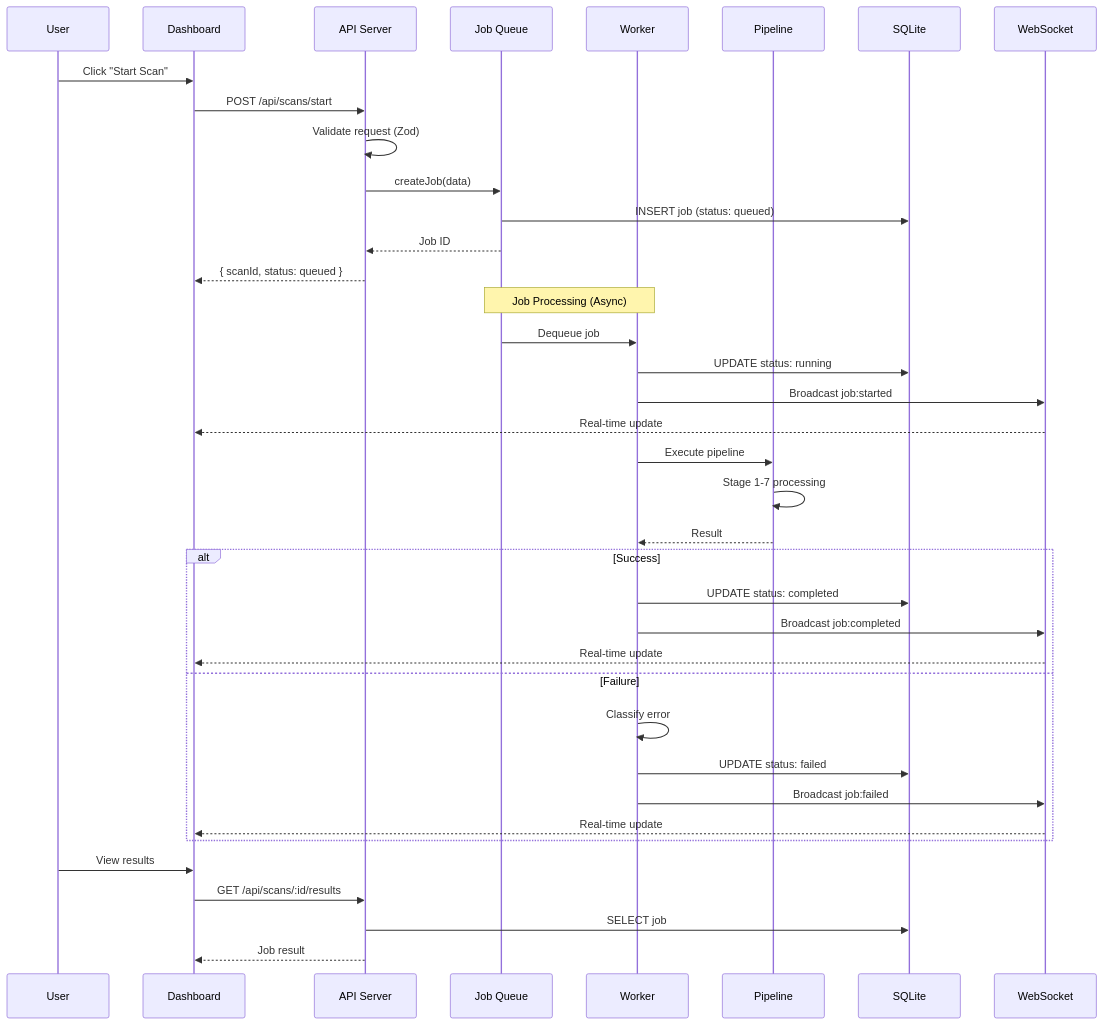
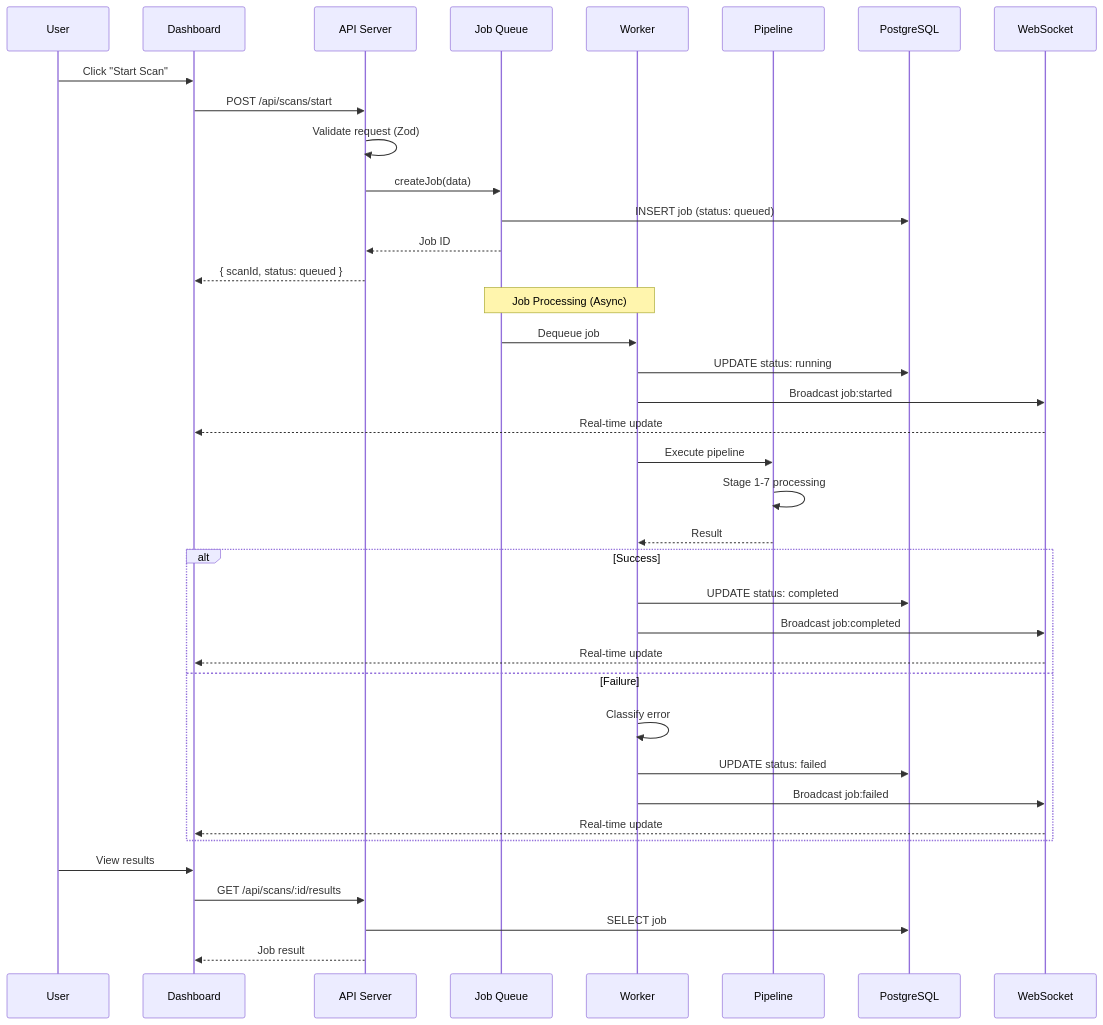
Before and after one commit to integritystudio/AlephAuto: the third of 14 diagrams in docs/architecture/SYSTEM-DATA-FLOW.md, drawn with Mermaid. The commit also changed other lines of this file and 22 other files, not shown here.

First line of the commit message:
chore: update docs for PostgreSQL migration and reorganize scripts

````diff
--- a/docs/architecture/SYSTEM-DATA-FLOW.md
+++ b/docs/architecture/SYSTEM-DATA-FLOW.md
@@ -319,46 +316,46 @@
 ```mermaid
 sequenceDiagram
     participant U as User
     participant D as Dashboard
     participant A as API Server
     participant Q as Job Queue
     participant W as Worker
     participant P as Pipeline
-    participant DB as SQLite
+    participant DB as PostgreSQL
     participant WS as WebSocket
 
     U->>D: Click "Start Scan"
     D->>A: POST /api/scans/start
     A->>A: Validate request (Zod)
     A->>Q: createJob(data)
     Q->>DB: INSERT job (status: queued)
     Q-->>A: Job ID
     A-->>D: { scanId, status: queued }
 
     Note over Q,W: Job Processing (Async)
 
     Q->>W: Dequeue job
     W->>DB: UPDATE status: running
     W->>WS: Broadcast job:started
     WS-->>D: Real-time update
 
     W->>P: Execute pipeline
     P->>P: Stage 1-7 processing
     P-->>W: Result
 
     alt Success
         W->>DB: UPDATE status: completed
         W->>WS: Broadcast job:completed
         WS-->>D: Real-time update
     else Failure
         W->>W: Classify error
         W->>DB: UPDATE status: failed
         W->>WS: Broadcast job:failed
         WS-->>D: Real-time update
     end
 
     U->>D: View results
     D->>A: GET /api/scans/:id/results
     A->>DB: SELECT job
     A-->>D: Job result
 ```
````
